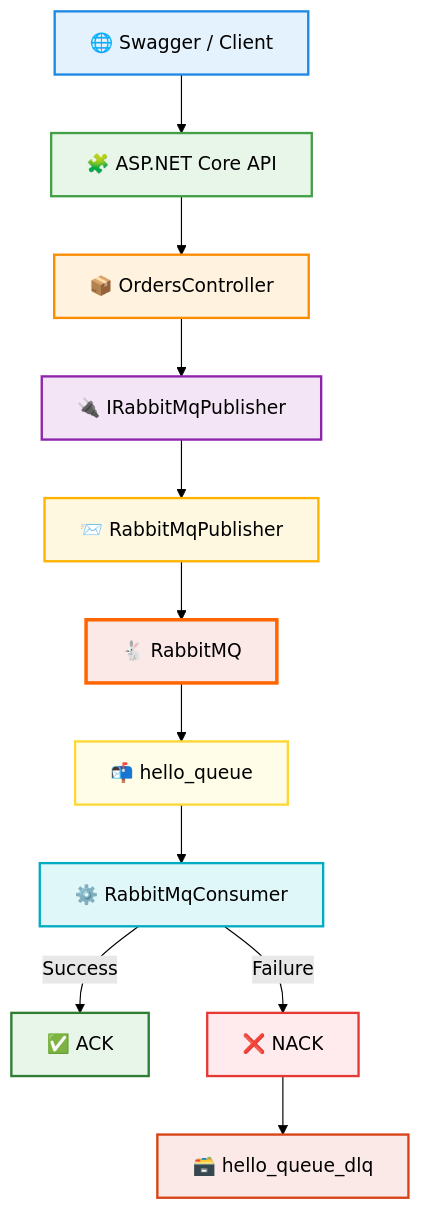
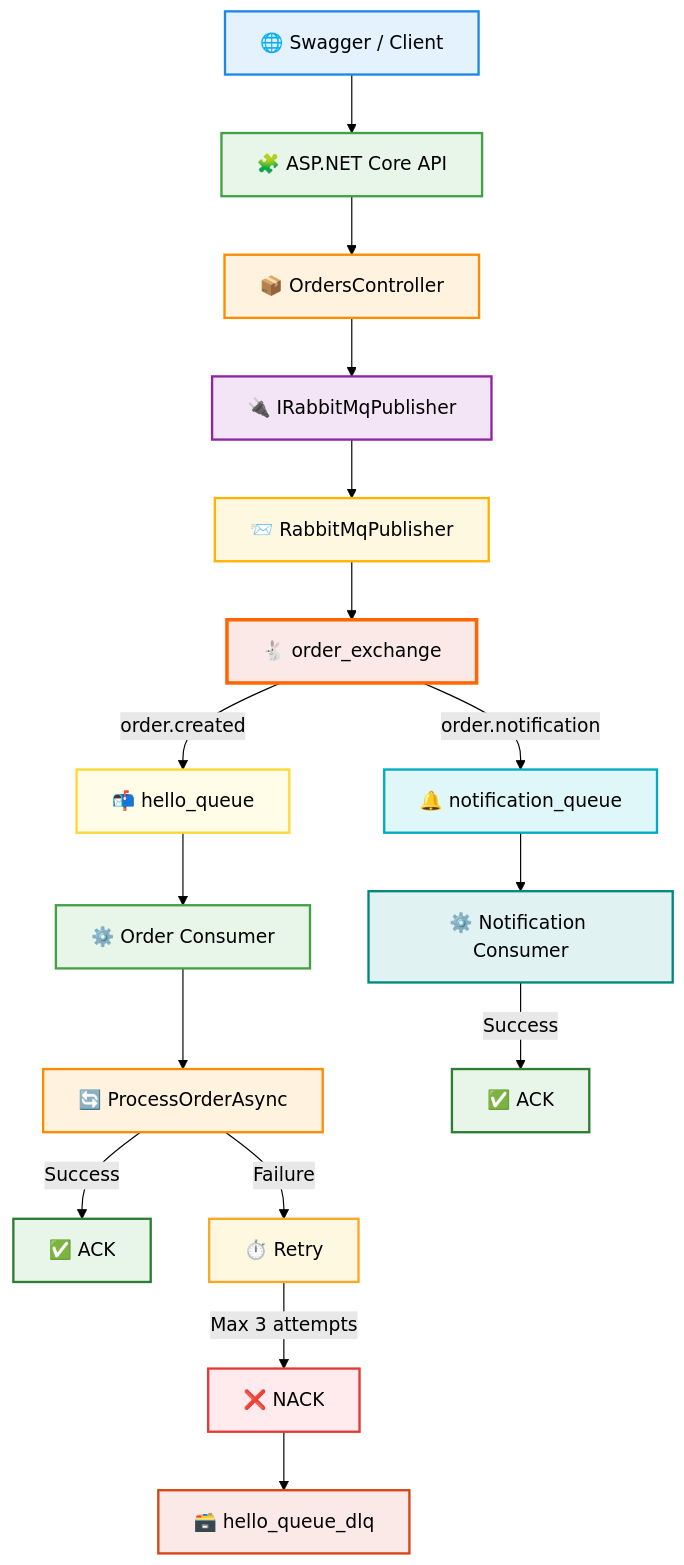
One commit to EkinYildiran/RabbitMqProject changed the diagram in README.md. Above: the diagram before and after it, drawn with Mermaid (forest theme). The commit also changed other lines of this file and 5 other files, not shown here.

Commit message:
Add RabbitMQ routing retry QoS and error handling

````diff
--- a/README.md
+++ b/README.md
@@ -17,26 +17,43 @@
 ```mermaid
 flowchart TD
+
     A["🌐 Swagger / Client"] --> B["🧩 ASP.NET Core API"]
+
     B --> C["📦 OrdersController"]
     C --> D["🔌 IRabbitMqPublisher"]
     D --> E["📨 RabbitMqPublisher"]
-    E --> F["🐇 RabbitMQ"]
-    F --> G["📬 hello_queue"]
-    G --> H["⚙️ RabbitMqConsumer"]
 
-    H -->|Success| I["✅ ACK"]
-    H -->|Failure| J["❌ NACK"]
-    J --> K["🗃️ hello_queue_dlq"]
+    E --> F["🐇 order_exchange"]
+
+    F -->|"order.created"| G["📬 hello_queue"]
+    F -->|"order.notification"| H["🔔 notification_queue"]
+
+    G --> I["⚙️ Order Consumer"]
+    H --> J["⚙️ Notification Consumer"]
+
+    I --> K["🔄 ProcessOrderAsync"]
+    K -->|"Success"| L["✅ ACK"]
+    K -->|"Failure"| M["⏱️ Retry"]
+
+    M -->|"Max 3 attempts"| N["❌ NACK"]
+    N --> O["🗃️ hello_queue_dlq"]
+
+    J -->|"Success"| P["✅ ACK"]
 
     style A fill:#E3F2FD,stroke:#1E88E5,stroke-width:2px
     style B fill:#E8F5E9,stroke:#43A047,stroke-width:2px
     style C fill:#FFF3E0,stroke:#FB8C00,stroke-width:2px
     style D fill:#F3E5F5,stroke:#8E24AA,stroke-width:2px
     style E fill:#FFF8E1,stroke:#FFB300,stroke-width:2px
     style F fill:#FBE9E7,stroke:#FF6600,stroke-width:3px
     style G fill:#FFFDE7,stroke:#FDD835,stroke-width:2px
     style H fill:#E0F7FA,stroke:#00ACC1,stroke-width:2px
-    style I fill:#E8F5E9,stroke:#2E7D32,stroke-width:2px
-    style J fill:#FFEBEE,stroke:#E53935,stroke-width:2px
-    style K fill:#FBE9E7,stroke:#D84315,stroke-width:2px
+    style I fill:#E8F5E9,stroke:#43A047,stroke-width:2px
+    style J fill:#E0F2F1,stroke:#00897B,stroke-width:2px
+    style K fill:#FFF3E0,stroke:#FB8C00,stroke-width:2px
+    style L fill:#E8F5E9,stroke:#2E7D32,stroke-width:2px
+    style M fill:#FFF8E1,stroke:#F9A825,stroke-width:2px
+    style N fill:#FFEBEE,stroke:#E53935,stroke-width:2px
+    style O fill:#FBE9E7,stroke:#D84315,stroke-width:2px
+    style P fill:#E8F5E9,stroke:#2E7D32,stroke-width:2px
 ```
````
